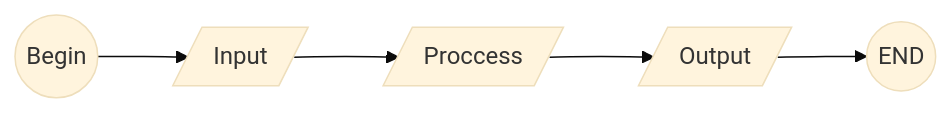
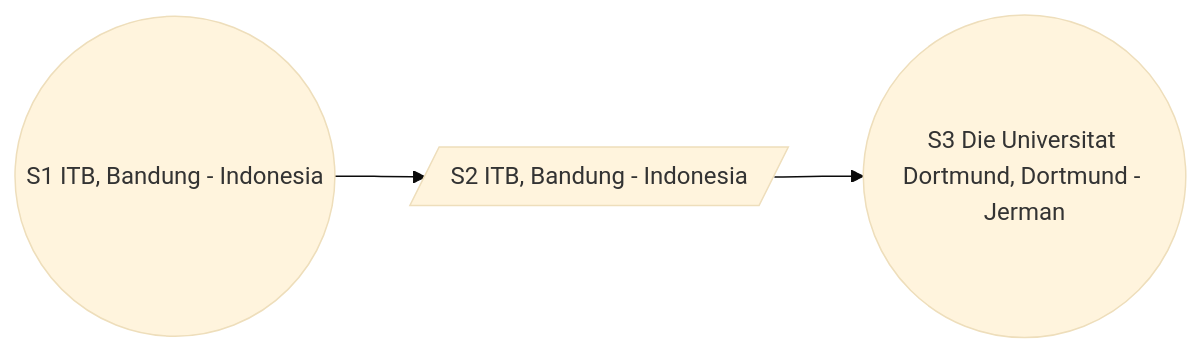
Before and after one commit to NeganSmith92/lecture-notes: the diagram in content/notes/xx1000/hello-world.md, drawn with Mermaid (base theme). The commit also changed other lines of this file, not shown here.

```diff
--- a/content/notes/xx1000/hello-world.md
+++ b/content/notes/xx1000/hello-world.md
@@ -19,9 +21,7 @@
 {{< mermaid >}}
 flowchart LR
-	B --> I --> P --> O --> E
-	B(("Begin"))
-	I[/"Input"/]
-	P[/"Proccess"/]
-	O[/"Output"/]
-	E(("END"))
+	B --> P --> E
+	B(("S1 ITB, Bandung - Indonesia"))
+	P[/"S2 ITB, Bandung - Indonesia"/]
+	E(("S3 Die Universitat Dortmund, Dortmund - Jerman"))
 {{< /mermaid >}}
```
